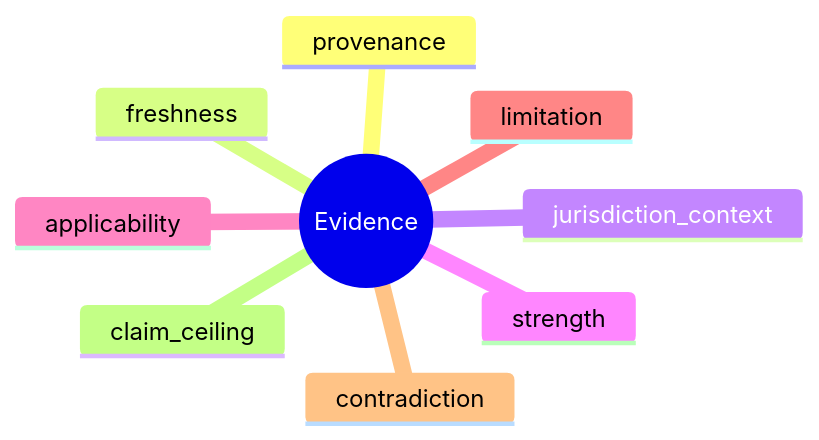
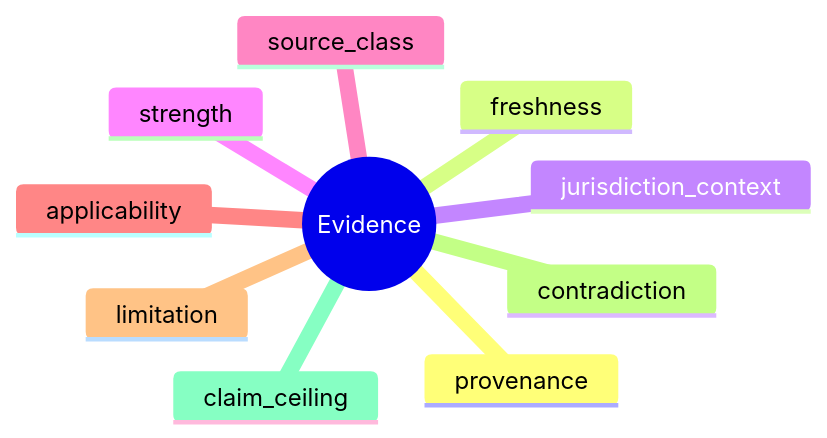
The second of 3 diagrams in product-docs/v0.3/nodes/N08_KNOWLEDGE.md (Jiaosong/Design), drawn with Mermaid before and after one commit. The commit also changed other lines of this file and 71 other files, not shown here.

````diff
--- a/product-docs/v0.3/nodes/N08_KNOWLEDGE.md
+++ b/product-docs/v0.3/nodes/N08_KNOWLEDGE.md
@@ -33,12 +33,13 @@
 ```mermaid
 mindmap
   root((Evidence))
     provenance
     freshness
     jurisdiction_context
     strength
+    source_class
     applicability
     limitation
     contradiction
     claim_ceiling
 ```
````
